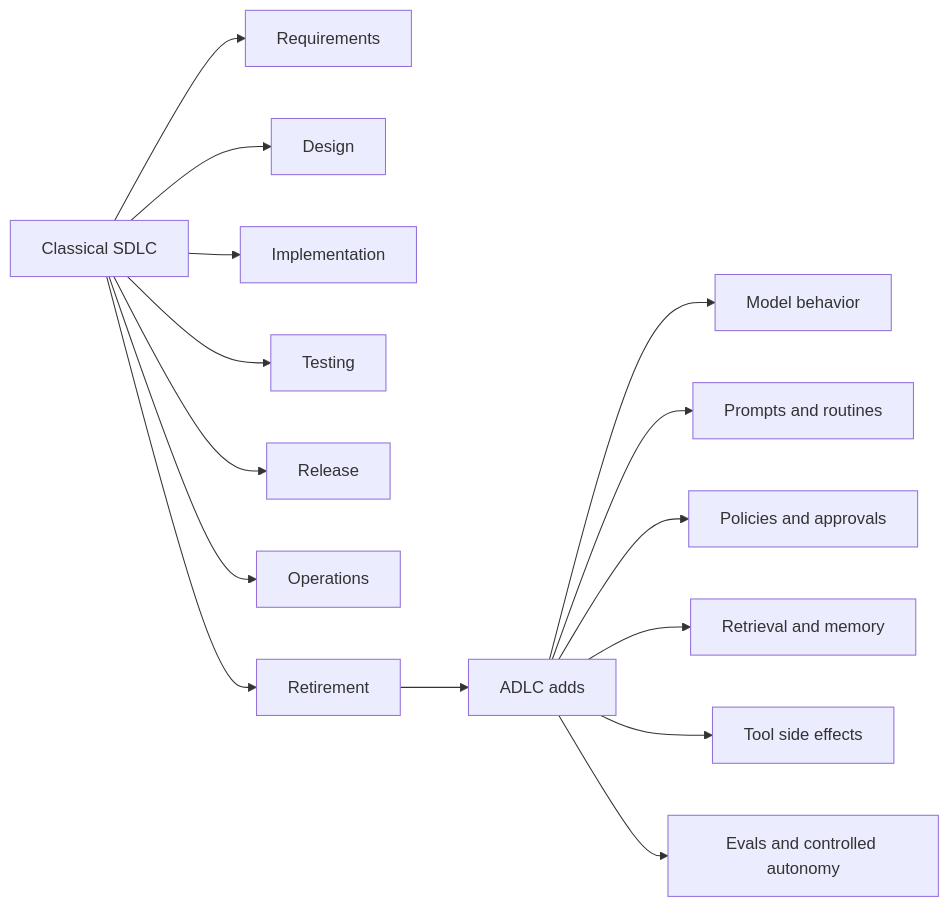
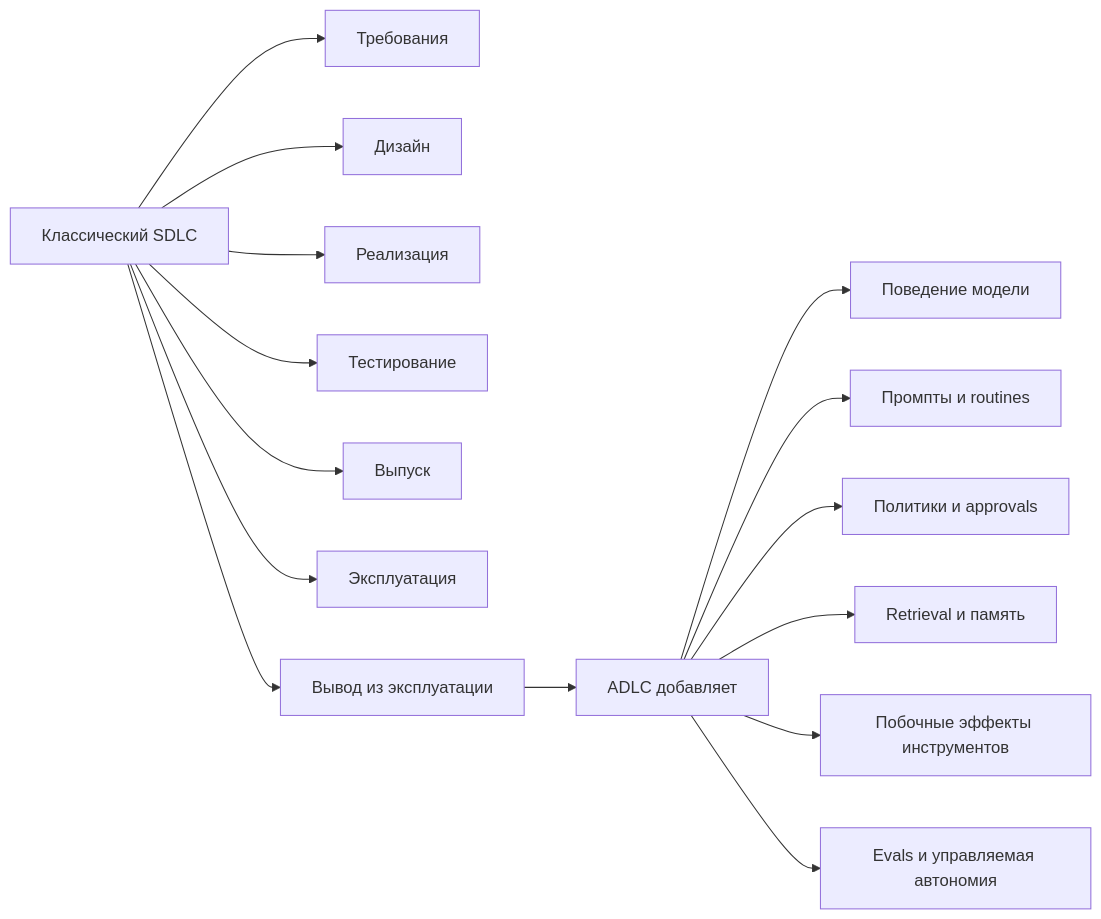
One commit to agent-axiom/agent-arch changed the first of 2 diagrams in docs/book/part-viii/chapter-19.md. Above: the diagram before and after it, drawn with Mermaid. The commit also changed other lines of this file, not shown here.

````diff
--- a/docs/book/part-viii/chapter-19.md
+++ b/docs/book/part-viii/chapter-19.md
@@ -63,18 +63,18 @@
 ``` mermaid
 flowchart LR
-    A["Classical SDLC"] --> B["Requirements"]
-    A --> C["Design"]
-    A --> D["Implementation"]
-    A --> E["Testing"]
-    A --> F["Release"]
-    A --> G["Operations"]
-    A --> H["Retirement"]
+    A["Классический SDLC"] --> B["Требования"]
+    A --> C["Дизайн"]
+    A --> D["Реализация"]
+    A --> E["Тестирование"]
+    A --> F["Выпуск"]
+    A --> G["Эксплуатация"]
+    A --> H["Вывод из эксплуатации"]
 
-    H --> I["ADLC adds"]
-    I --> J["Model behavior"]
-    I --> K["Prompts and routines"]
-    I --> L["Policies and approvals"]
-    I --> M["Retrieval and memory"]
-    I --> N["Tool side effects"]
-    I --> O["Evals and controlled autonomy"]
+    H --> I["ADLC добавляет"]
+    I --> J["Поведение модели"]
+    I --> K["Промпты и routines"]
+    I --> L["Политики и approvals"]
+    I --> M["Retrieval и память"]
+    I --> N["Побочные эффекты инструментов"]
+    I --> O["Evals и управляемая автономия"]
 ```
````
